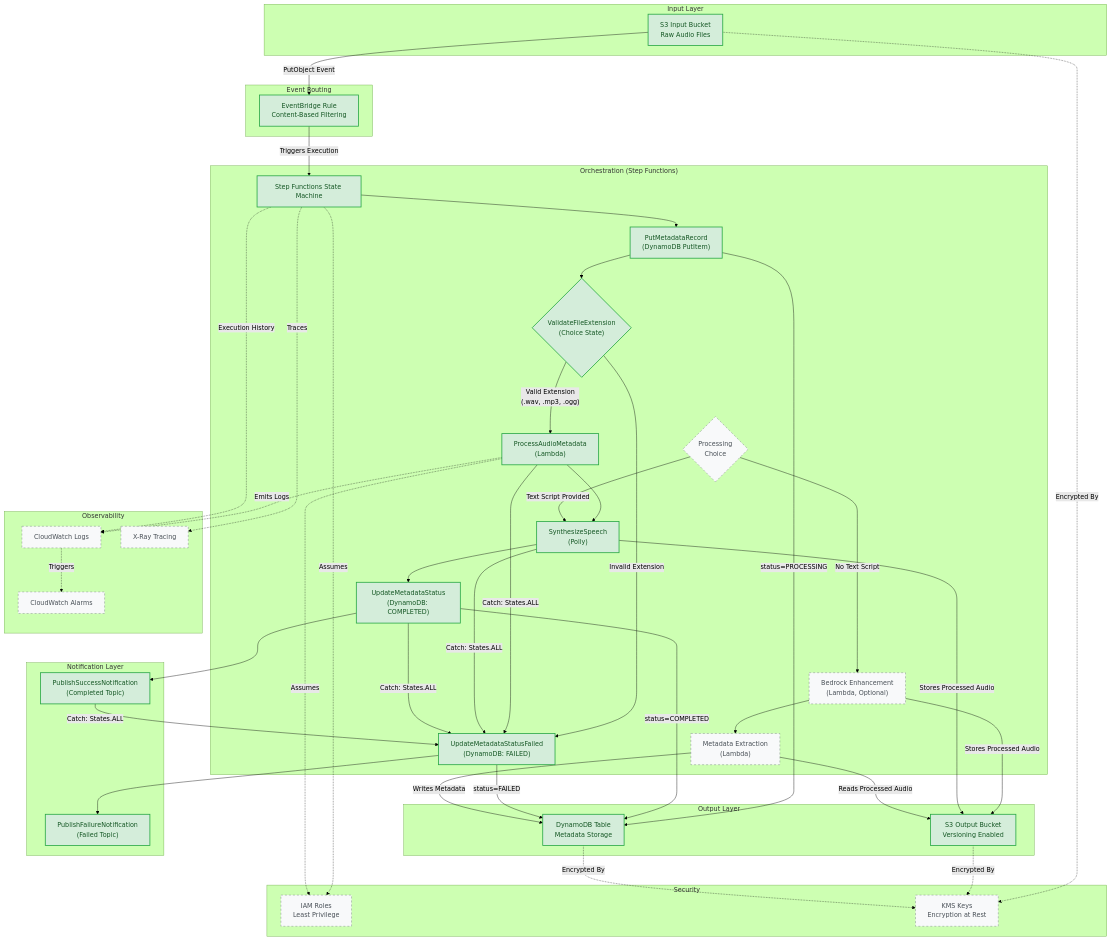
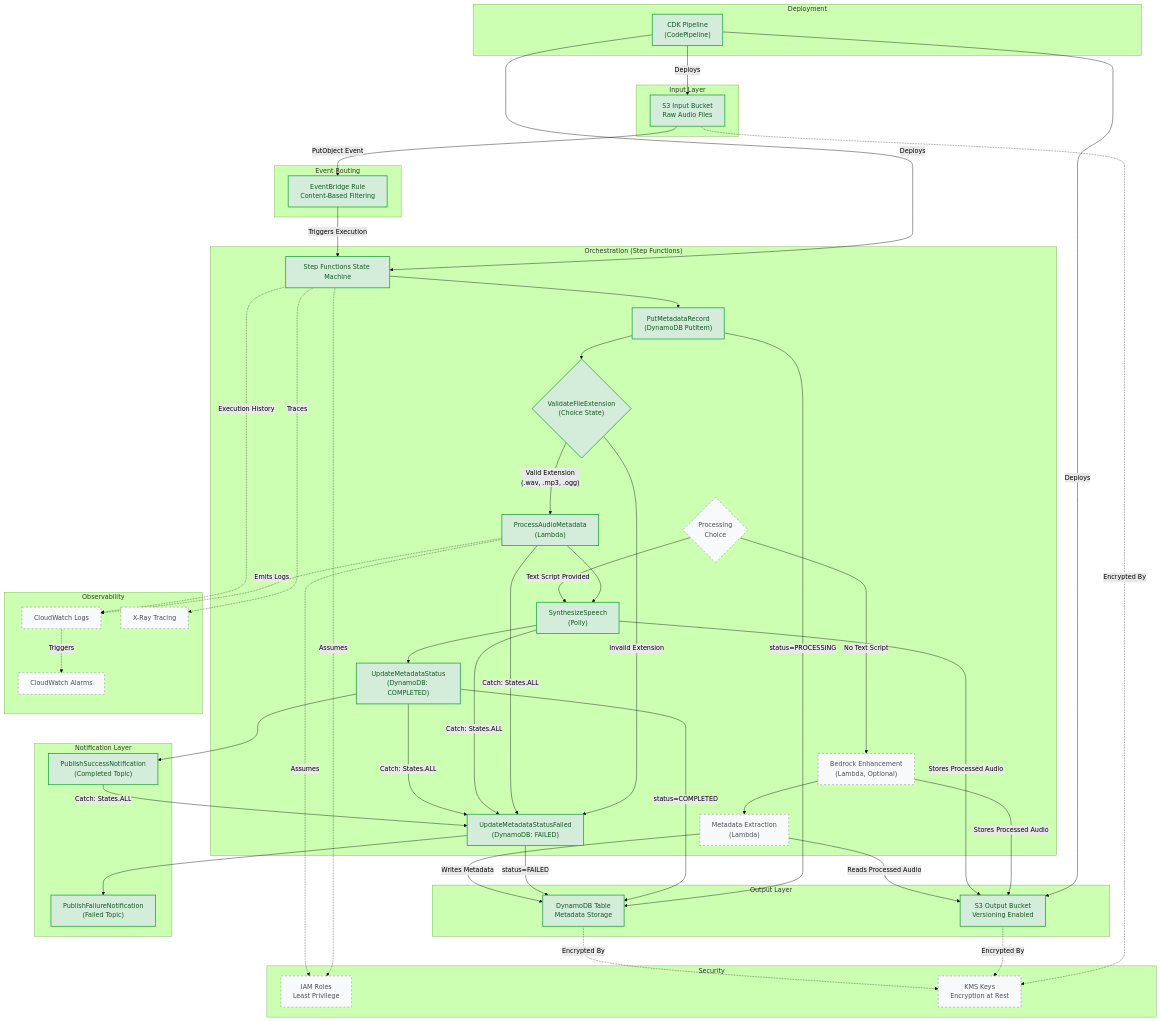
The diagram in ARCHITECTURE.md (obstreperous-ai/cdk-sleep-java-kiro), drawn with Mermaid (forest theme) before and after one commit. The commit also changed other lines of this file and 9 other files, not shown here.

Commit message:
feat: add pipeline testing, multi-environment support, and deployment preparation

```diff
--- a/ARCHITECTURE.md
+++ b/ARCHITECTURE.md
@@ -311,6 +323,10 @@
         ErrorPath["PublishFailureNotification\n(Failed Topic)"]
     end
 
+    subgraph Deployment["Deployment"]
+        CDKPipeline["CDK Pipeline\n(CodePipeline)"]
+    end
+
     subgraph Observability["Observability"]
         CWLogs["CloudWatch Logs"]
         CWAlarms["CloudWatch Alarms"]
@@ -321,6 +337,11 @@
         IAMRoles["IAM Roles\nLeast Privilege"]
         KMSKeys["KMS Keys\nEncryption at Rest"]
     end
+
+    %% Deployment flow
+    CDKPipeline -->|"Deploys"| SFN
+    CDKPipeline -->|"Deploys"| S3Input
+    CDKPipeline -->|"Deploys"| S3Output
 
     %% Main data flow - implemented pipeline
     S3Input -->|"PutObject Event"| EBRule
@@ -369,7 +390,7 @@
     classDef implemented fill:#d4edda,stroke:#28a745,stroke-width:2px,color:#155724
     classDef planned fill:#f8f9fa,stroke:#6c757d,stroke-width:1px,stroke-dasharray:5 5,color:#495057
 
-    class S3Input,S3Output,EBRule,SFN,PutMetadata,ValidateExt,ProcessAudio,PollyTTS,UpdateCompleted,UpdateFailed,DDB,SuccessPath,ErrorPath implemented
+    class S3Input,S3Output,EBRule,SFN,PutMetadata,ValidateExt,ProcessAudio,PollyTTS,UpdateCompleted,UpdateFailed,DDB,SuccessPath,ErrorPath,CDKPipeline implemented
     class Choice,BedrockEnhance,MetadataExtract,CWLogs,CWAlarms,XRay,IAMRoles,KMSKeys planned
 
     %% Legend:
```
